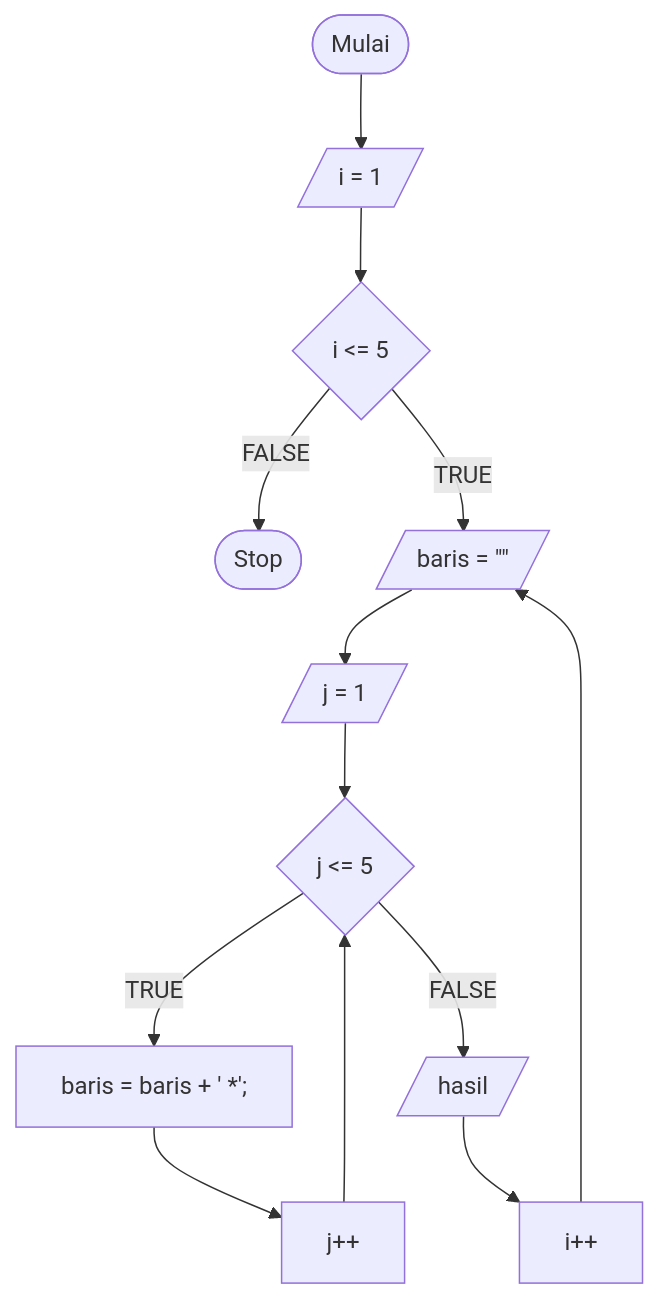
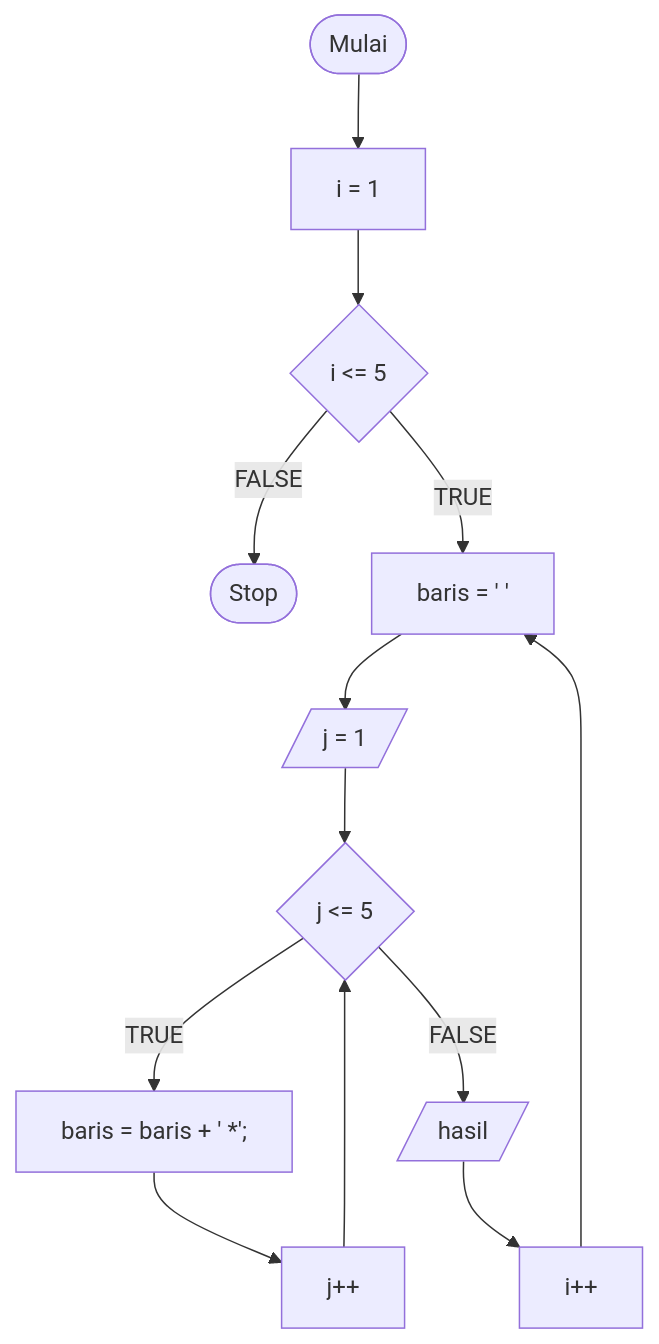
Before and after one commit to whyu07/koda-b10-javascript3: the first of 2 diagrams in README.md, drawn with Mermaid. The commit also changed other lines of this file, not shown here.

````diff
--- a/README.md
+++ b/README.md
@@ -1,15 +1,15 @@
 ```mermaid
 flowchart TD
-    A([Mulai]) --> B[/i = 1/]
+    A([Mulai]) --> B[i = 1]
     B --> C{i <= 5}
     C --> |FALSE| Z([Stop])
-    C --> |TRUE| D[/baris = ""/]
+    C --> |TRUE| D[baris = ' ']
     D --> E[/j = 1/]
     E --> F{j <= 5}
     F --> |TRUE| G[ baris = baris + ' *';]
     G --> H[j++]
     H --> F
     F --> |FALSE| J[/hasil/]
     J --> K[i++]
     K --> D
 ```
````
